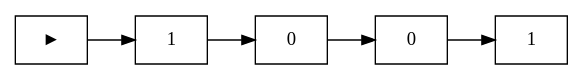
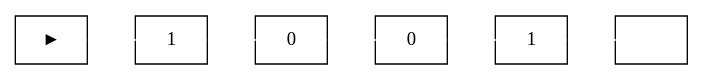
Before and after one commit to violeta-kastreva/turing_machine: the diagram in testFiles/tape_graphviz.dot, drawn with Graphviz. The commit also changed 13 other files, not shown here.

```diff
--- a/testFiles/tape_graphviz.dot
+++ b/testFiles/tape_graphviz.dot
@@ -1,13 +1,16 @@
 digraph G {
     rankdir=LR;
     node [shape=record];
+    edge [color=white, arrowsize=0.01];
     node0 [label="&#9658;"];
     node1 [label="1"];
     node0 -> node1;
     node2 [label="0"];
     node1 -> node2;
     node3 [label="0"];
     node2 -> node3;
     node4 [label="1"];
     node3 -> node4;
+    node5 [label=" "];
+    node4 -> node5;
 }
```
